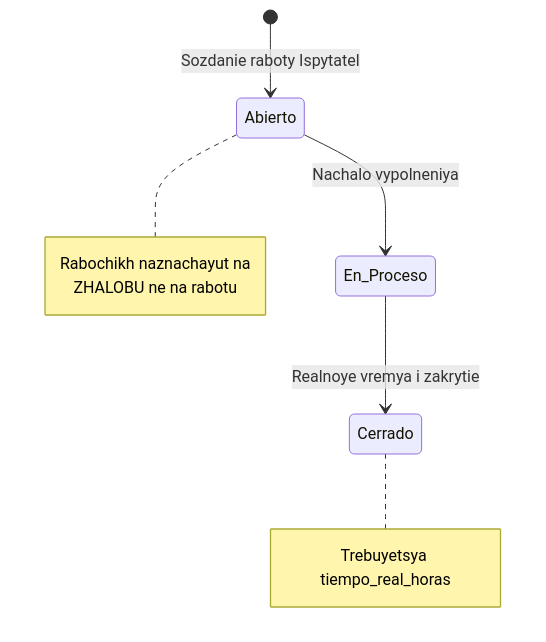
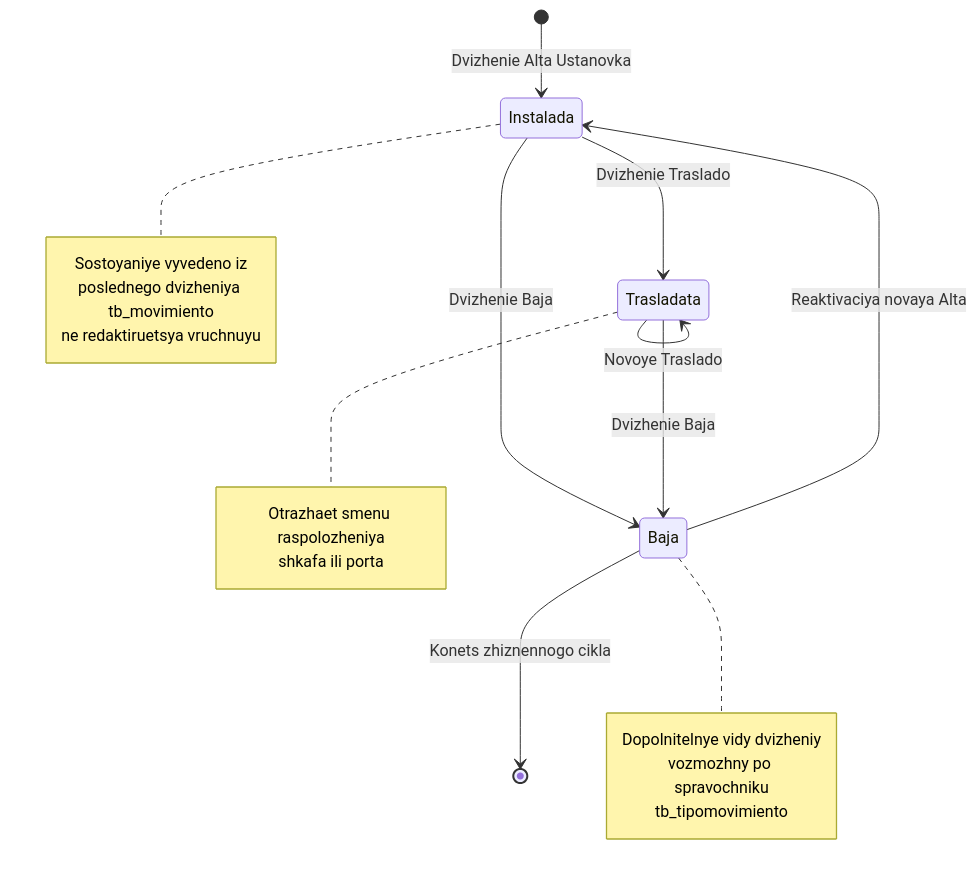
The second of 3 diagrams in docs/09_state_machines.ru.md (ybotet/SISGAD5_1.0), drawn with Mermaid before and after one commit. The commit also changed other lines of this file and 5 other files, not shown here.

````diff
--- a/docs/09_state_machines.ru.md
+++ b/docs/09_state_machines.ru.md
@@ -139,15 +170,27 @@
 ```mermaid
 stateDiagram-v2
-    [*] --> Abierto: Sozdanie raboty Ispytatel
-    Abierto --> En_Proceso: Nachalo vypolneniya
-    En_Proceso --> Cerrado: Realnoye vremya i zakrytie
+    [*] --> Instalada: Dvizhenie Alta Ustanovka
+    Instalada --> Trasladata: Dvizhenie Traslado
+    Trasladata --> Trasladata: Novoye Traslado
+    Instalada --> Baja: Dvizhenie Baja
+    Trasladata --> Baja: Dvizhenie Baja
+    Baja --> Instalada: Reaktivaciya novaya Alta
+    Baja --> [*]: Konets zhiznennogo cikla
 
-    note right of Abierto
-        Rabochikh naznachayut na
-        ZHALOBU ne na rabotu
+    note right of Instalada
+        Sostoyaniye vyvedeno iz
+        poslednego dvizheniya tb_movimiento
+        ne redaktiruetsya vruchnuyu
     end note
 
-    note right of Cerrado
-        Trebuyetsya tiempo_real_horas
+    note right of Trasladata
+        Otrazhaet smenu raspolozheniya
+        shkafa ili porta
+    end note
+
+    note right of Baja
+        Dopolnitelnye vidy dvizheniy
+        vozmozhny po spravochniku
+        tb_tipomovimiento
     end note
 ```
````
